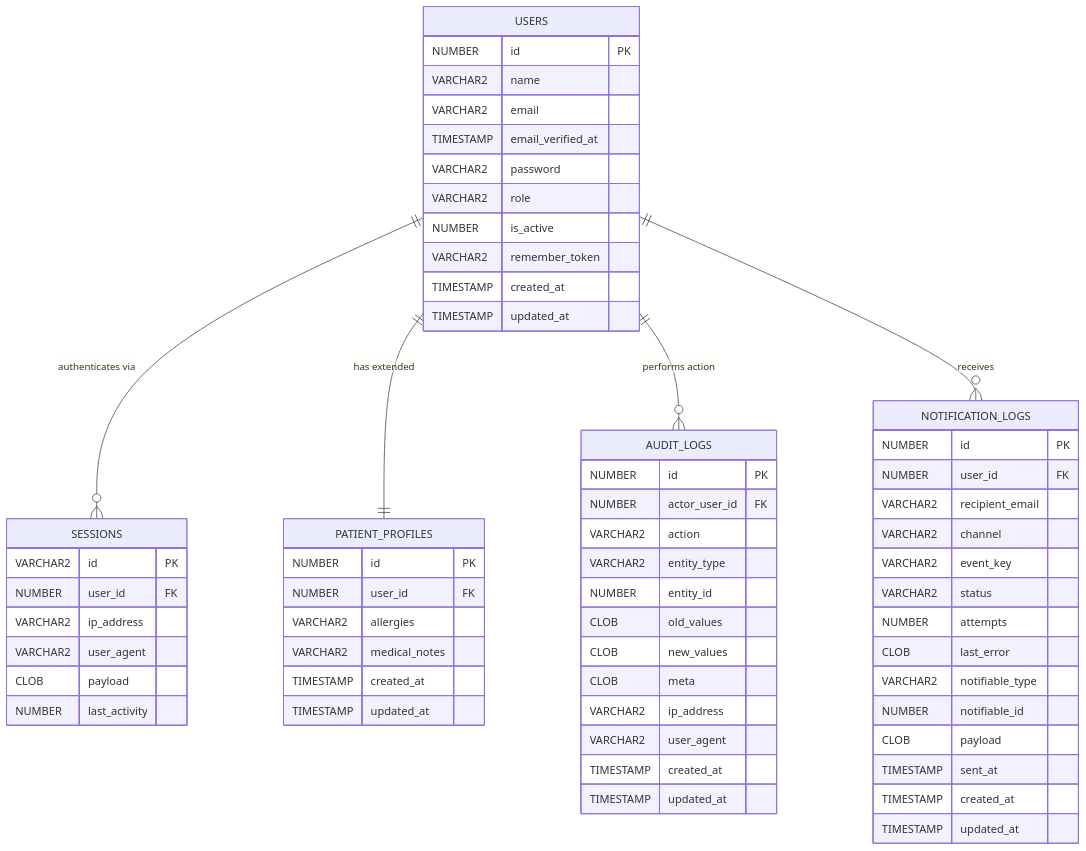
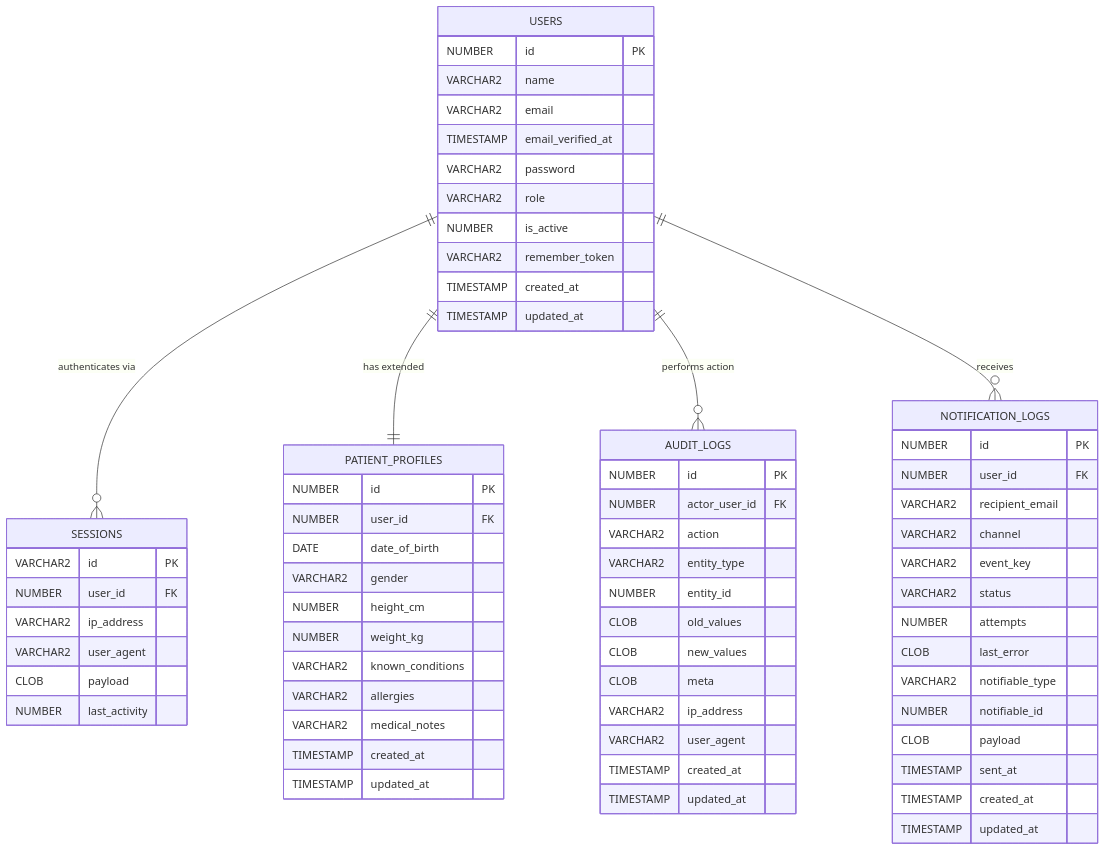
Before and after one commit to AbirHasanArko/HelloMed-DB: the first of 6 diagrams in ER_DIAGRAMS.md, drawn with Mermaid. The commit also changed 24 other files, not shown here.

````diff
--- a/ER_DIAGRAMS.md
+++ b/ER_DIAGRAMS.md
@@ -11,66 +11,71 @@
 ```mermaid
 erDiagram
     USERS {
         NUMBER id PK
         VARCHAR2 name
         VARCHAR2 email
         TIMESTAMP email_verified_at
         VARCHAR2 password
         VARCHAR2 role
         NUMBER is_active
         VARCHAR2 remember_token
         TIMESTAMP created_at
         TIMESTAMP updated_at
     }
     SESSIONS {
         VARCHAR2 id PK
         NUMBER user_id FK
         VARCHAR2 ip_address
         VARCHAR2 user_agent
         CLOB payload
         NUMBER last_activity
     }
     PATIENT_PROFILES {
         NUMBER id PK
         NUMBER user_id FK
+        DATE date_of_birth
+        VARCHAR2 gender
+        NUMBER height_cm
+        NUMBER weight_kg
+        VARCHAR2 known_conditions
         VARCHAR2 allergies
         VARCHAR2 medical_notes
         TIMESTAMP created_at
         TIMESTAMP updated_at
     }
     AUDIT_LOGS {
         NUMBER id PK
         NUMBER actor_user_id FK
         VARCHAR2 action
         VARCHAR2 entity_type
         NUMBER entity_id
         CLOB old_values
         CLOB new_values
         CLOB meta
         VARCHAR2 ip_address
         VARCHAR2 user_agent
         TIMESTAMP created_at
         TIMESTAMP updated_at
     }
     NOTIFICATION_LOGS {
         NUMBER id PK
         NUMBER user_id FK
         VARCHAR2 recipient_email
         VARCHAR2 channel
         VARCHAR2 event_key
         VARCHAR2 status
         NUMBER attempts
         CLOB last_error
         VARCHAR2 notifiable_type
         NUMBER notifiable_id
         CLOB payload
         TIMESTAMP sent_at
         TIMESTAMP created_at
         TIMESTAMP updated_at
     }
 
     USERS ||--o{ SESSIONS : "authenticates via"
     USERS ||--|| PATIENT_PROFILES : "has extended"
     USERS ||--o{ AUDIT_LOGS : "performs action"
     USERS ||--o{ NOTIFICATION_LOGS : "receives"
 ```
````
